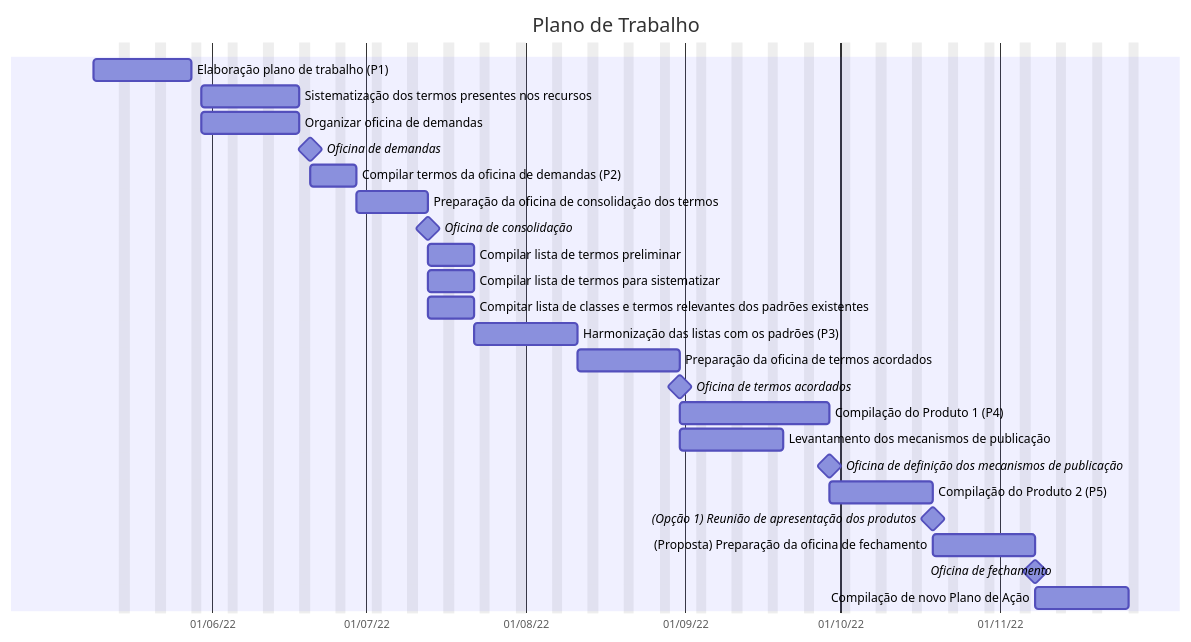
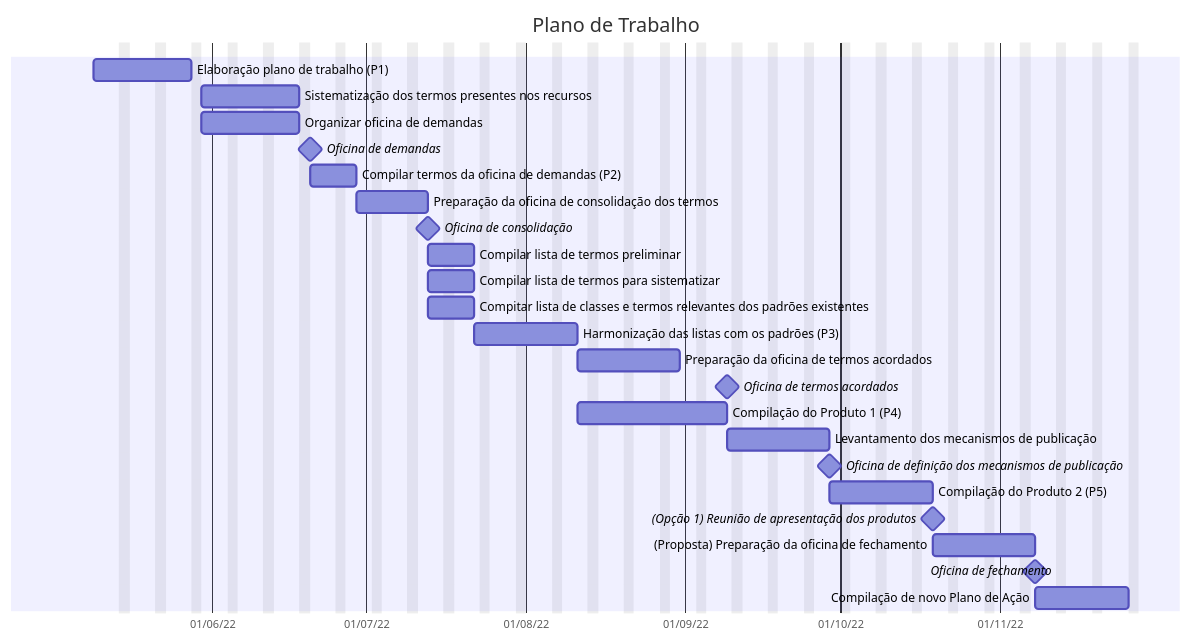
One commit to jlanna/MMA-Ameacadas changed the diagram in plano-de-trabalho/gantt.md. Above: the diagram before and after it, drawn with Mermaid.

Commit message:
Atualização de datas

````diff
--- a/plano-de-trabalho/gantt.md
+++ b/plano-de-trabalho/gantt.md
@@ -1,29 +1,29 @@
 ```mermaid
 gantt
     dateFormat DD/MM/YY
     axisFormat  %d/%m/%y
     todayMarker on
     title Plano de Trabalho
     excludes weekends
     Elaboração plano de trabalho (P1): t0, 09/05/22, 15d
     Sistematização dos termos presentes nos recursos :t1, after t0, 15d
     Organizar oficina de demandas :t2, after t0, 15d
     Oficina de demandas :milestone,0d
     Compilar termos da oficina de demandas (P2) :t3, after t2, 1w
     Preparação da oficina de consolidação dos termos :t4, after t3, 10d
     Oficina de consolidação :milestone,0d
     Compilar lista de termos preliminar :t5, after t4, 1w
     Compilar lista de termos para sistematizar :t6, after t4, 1w
     Compitar lista de classes e termos relevantes dos padrões existentes :t7, after t4, 1w
     Harmonização das listas com os padrões (P3):t8, after t5 t6 t7, 2w
     Preparação da oficina de termos acordados :t9, after t8, 2w
     Oficina de termos acordados :milestone, 0d
-    Compilação do Produto 1 (P4) :t10, after t9, 3w
-    Levantamento dos mecanismos de publicação :t11, after t9, 2w
-    Oficina de definição dos mecanismos de publicação :milestone, after t10 t11, 0d
-    Compilação do Produto 2 (P5) :t13, after t10, 2w
+    Compilação do Produto 1 (P4) :t9, after t8, 3w
+    Levantamento dos mecanismos de publicação :t10, after t9, 2w
+    Oficina de definição dos mecanismos de publicação :milestone, after t10, 0d
+    Compilação do Produto 2 (P5) :t11, after t10, 2w
     (Opção 1) Reunião de apresentação dos produtos :milestone, 0d
-    (Proposta) Preparação da oficina de fechamento:t14, after t13, 2w
+    (Proposta) Preparação da oficina de fechamento:t12, after t11, 2w
     Oficina de fechamento :milestone, 0d
-    Compilação de novo Plano de Ação:t15, after t14, 2w
+    Compilação de novo Plano de Ação:t13, after t12, 2w
 ```
````
